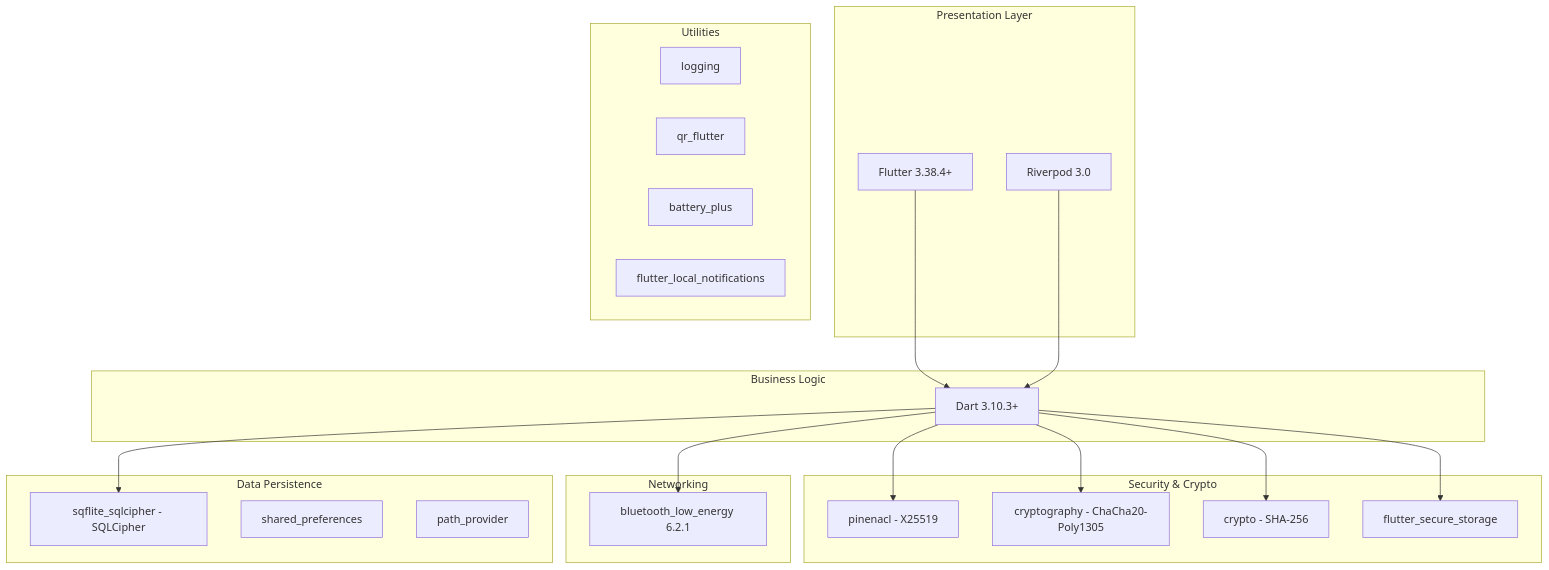
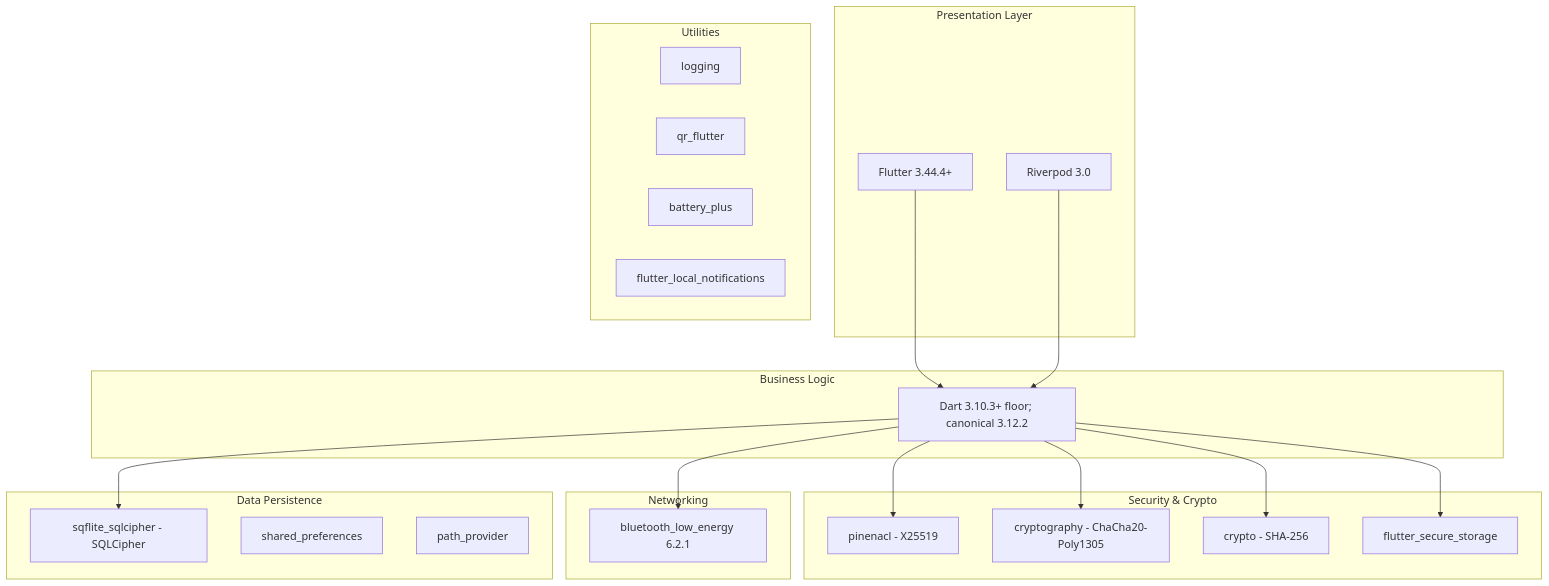
The fourth of 4 diagrams in docs/srs/08-architecture-component-dataflow.md (AbubakarMahmood1/pak_connect_final), drawn with Mermaid before and after one commit. The commit also changed 18 other files, not shown here.

````diff
--- a/docs/srs/08-architecture-component-dataflow.md
+++ b/docs/srs/08-architecture-component-dataflow.md
@@ -391,44 +391,44 @@
 ```mermaid
 graph TB
     subgraph "Presentation Layer"
-        Flutter[Flutter 3.38.4+]
+        Flutter[Flutter 3.44.4+]
         Riverpod[Riverpod 3.0]
     end
 
     subgraph "Business Logic"
-        Dart[Dart 3.10.3+]
+        Dart[Dart 3.10.3+ floor; canonical 3.12.2]
     end
 
     subgraph "Security & Crypto"
         Pinenacl[pinenacl - X25519]
         Cryptography[cryptography - ChaCha20-Poly1305]
         Crypto[crypto - SHA-256]
         FlutterSecure[flutter_secure_storage]
     end
 
     subgraph "Networking"
         BLE[bluetooth_low_energy 6.2.1]
     end
 
     subgraph "Data Persistence"
         SQLite[sqflite_sqlcipher - SQLCipher]
         SharedPrefs[shared_preferences]
         PathProvider[path_provider]
     end
 
     subgraph "Utilities"
         Logging[logging]
         QR[qr_flutter]
         Battery[battery_plus]
         Notifications[flutter_local_notifications]
     end
 
     Flutter --> Dart
     Riverpod --> Dart
     Dart --> Pinenacl
     Dart --> Cryptography
     Dart --> Crypto
     Dart --> BLE
     Dart --> SQLite
     Dart --> FlutterSecure
 ```
````
